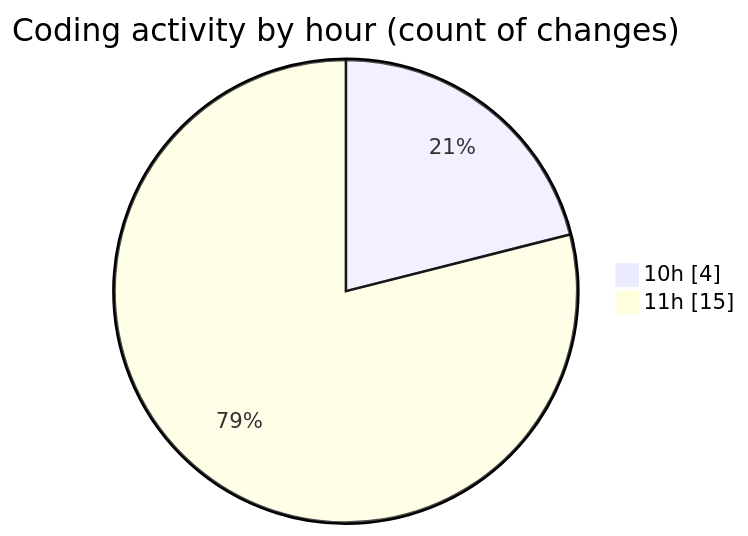
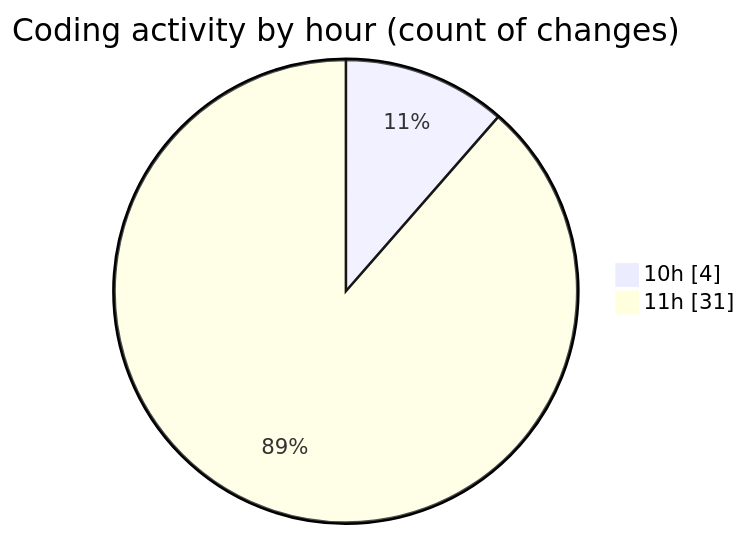
One commit to nxtqubesakshisongat/code-tracking changed the second of 2 diagrams in 2025-07-28/nxtqube_webapp/README.md. Above: the diagram before and after it, drawn with Mermaid. The commit also changed other lines of this file and 1 other file, not shown here.

````diff
--- a/2025-07-28/nxtqube_webapp/README.md
+++ b/2025-07-28/nxtqube_webapp/README.md
@@ -36,6 +49,6 @@
 ```mermaid
 pie showData
 title Coding activity by hour (count of changes)
 "10h" : 4
-"11h" : 15
+"11h" : 31
 ```
````
